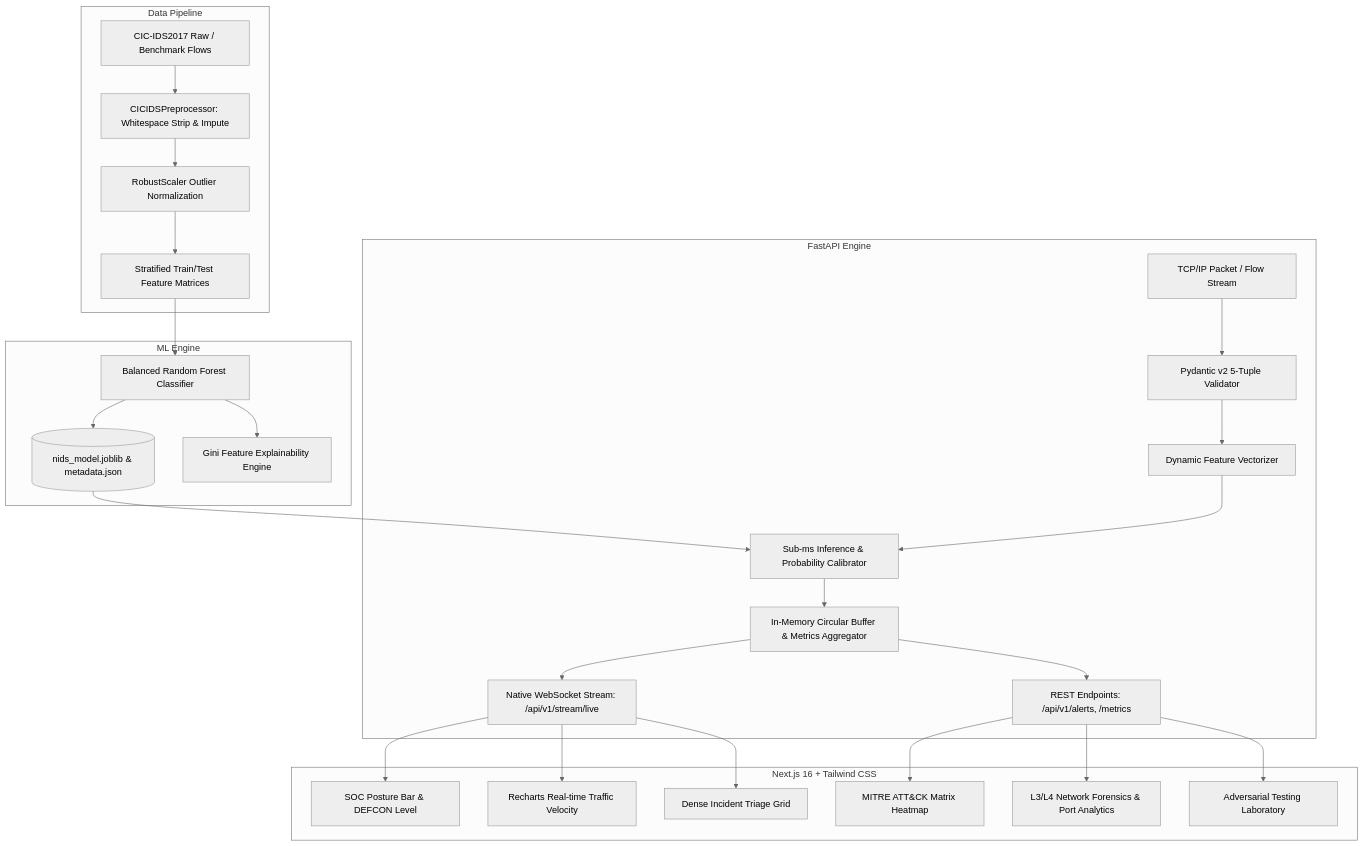
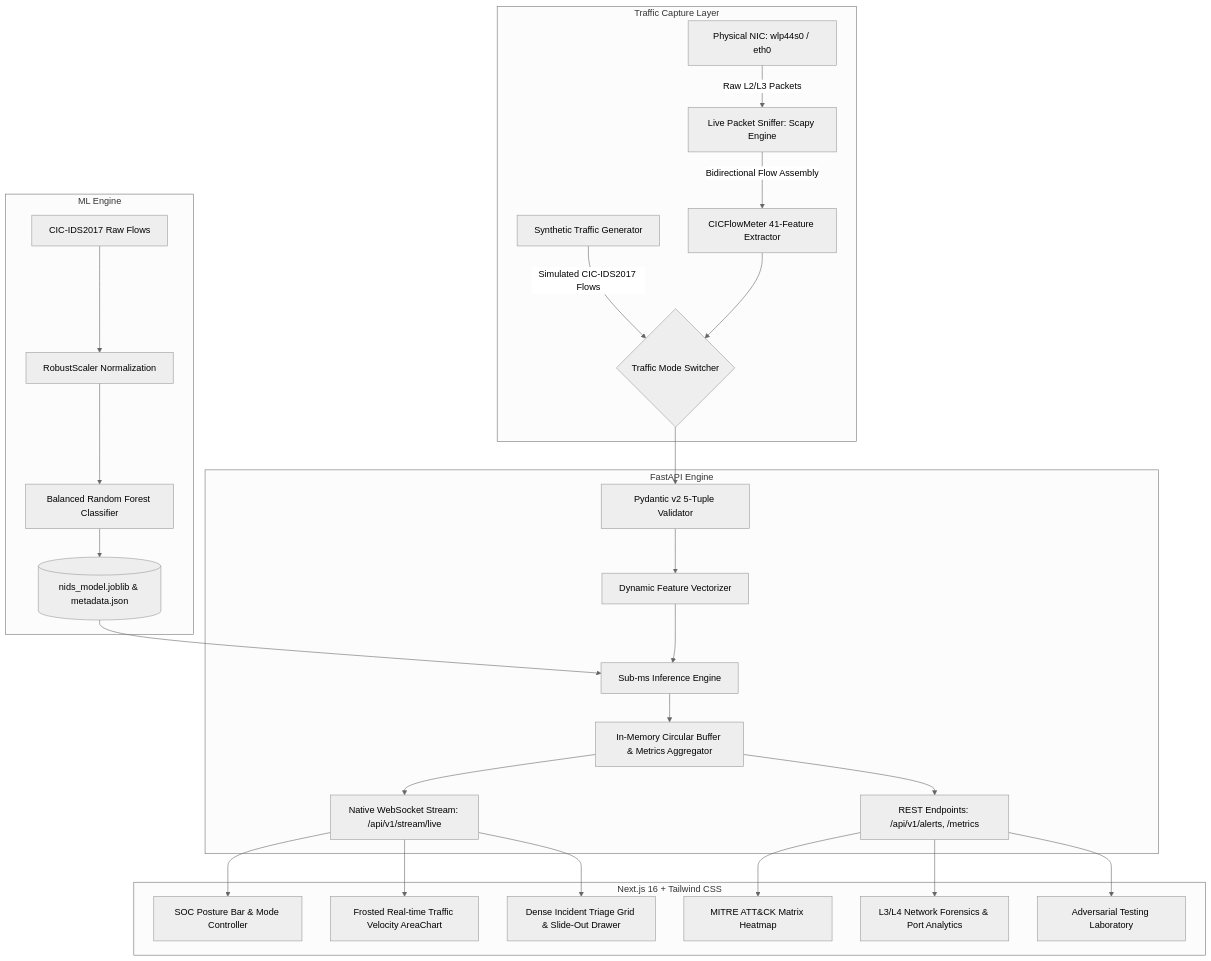
The diagram in README.md (Harish-628/cyber-sentinel-nids), drawn with Mermaid (neutral theme) before and after one commit. The commit also changed other lines of this file and 14 other files, not shown here.

Commit message:
feat: implement real hardware network packet sniffing and Tier-1 glassmorphic SOC interface

````diff
--- a/README.md
+++ b/README.md
@@ -37,33 +40,34 @@
 ```mermaid
 graph TD
-    subgraph Ingestion & Preprocessing [Data Pipeline]
-        CSV[CIC-IDS2017 Raw / Benchmark Flows] --> Preproc[CICIDSPreprocessor: Whitespace Strip & Impute]
-        Preproc --> Scaler[RobustScaler Outlier Normalization]
-        Scaler --> Matrix[Stratified Train/Test Feature Matrices]
+    subgraph Data Sources [Traffic Capture Layer]
+        NIC[Physical NIC: wlp44s0 / eth0] -->|Raw L2/L3 Packets| Sniffer[Live Packet Sniffer: Scapy Engine]
+        Sniffer -->|Bidirectional Flow Assembly| FeatureCalc[CICFlowMeter 41-Feature Extractor]
+        Sim[Synthetic Traffic Generator] -->|Simulated CIC-IDS2017 Flows| Switch{Traffic Mode Switcher}
+        FeatureCalc --> Switch
     end
 
     subgraph Intelligence & Model Core [ML Engine]
-        Matrix --> Train[Balanced Random Forest Classifier]
+        Benchmark[CIC-IDS2017 Raw Flows] --> Preproc[RobustScaler Normalization]
+        Preproc --> Train[Balanced Random Forest Classifier]
         Train --> Artifacts[(nids_model.joblib & metadata.json)]
-        Train --> Gini[Gini Feature Explainability Engine]
     end
 
     subgraph Real-Time Detection Backend [FastAPI Engine]
-        FlowStream[TCP/IP Packet / Flow Stream] --> IngestAPI[Pydantic v2 5-Tuple Validator]
+        Switch --> IngestAPI[Pydantic v2 5-Tuple Validator]
         IngestAPI --> Vectorizer[Dynamic Feature Vectorizer]
-        Artifacts --> Infer[Sub-ms Inference & Probability Calibrator]
+        Artifacts --> Infer[Sub-ms Inference Engine]
         Vectorizer --> Infer
         Infer --> AlertStore[In-Memory Circular Buffer & Metrics Aggregator]
         AlertStore --> WebSockets[Native WebSocket Stream: /api/v1/stream/live]
         AlertStore --> REST[REST Endpoints: /api/v1/alerts, /metrics]
     end
 
-    subgraph SOC Dashboard [Next.js 16 + Tailwind CSS]
-        WebSockets --> Header[SOC Posture Bar & DEFCON Level]
-        WebSockets --> Velocity[Recharts Real-time Traffic Velocity]
-        WebSockets --> Triage[Dense Incident Triage Grid]
+    subgraph Glassmorphic SOC Dashboard [Next.js 16 + Tailwind CSS]
+        WebSockets --> Header[SOC Posture Bar & Mode Controller]
+        WebSockets --> Velocity[Frosted Real-time Traffic Velocity AreaChart]
+        WebSockets --> Triage[Dense Incident Triage Grid & Slide-Out Drawer]
         REST --> MitreView[MITRE ATT&CK Matrix Heatmap]
         REST --> DeepDive[L3/L4 Network Forensics & Port Analytics]
         REST --> Lab[Adversarial Testing Laboratory]
     end
 ```
````
